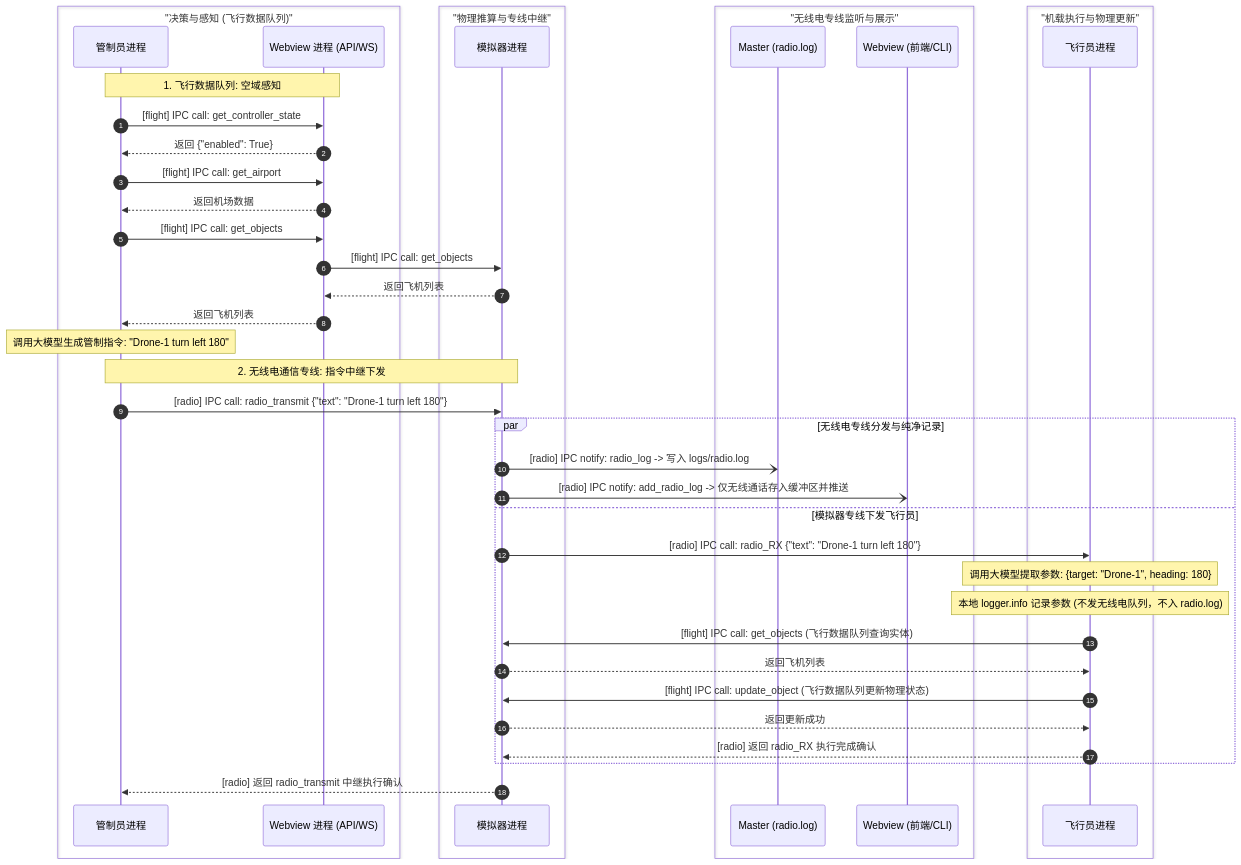
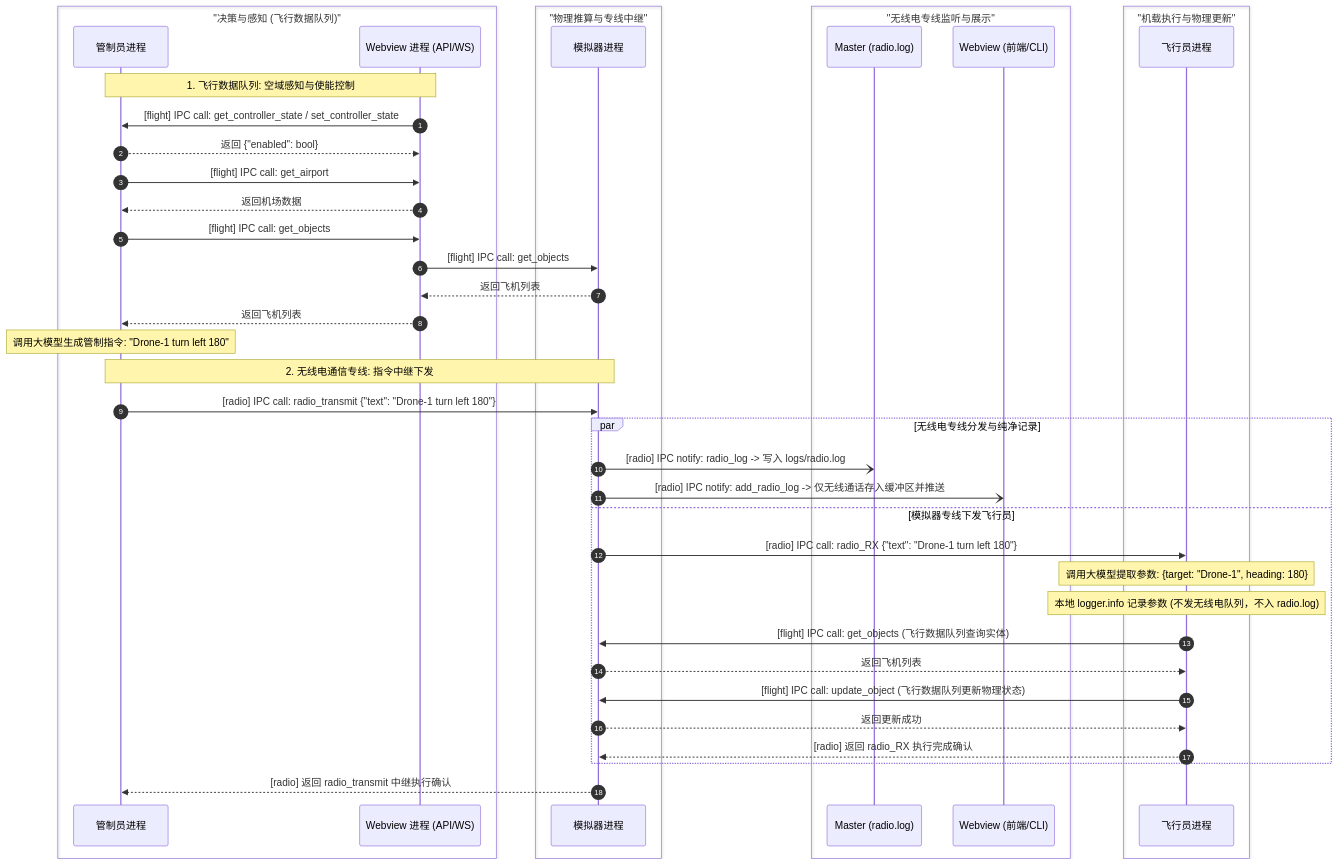
Before and after one commit to mugendainayumeatono/test_of_realtime_AI_agent: the first of 3 diagrams in doc/README.md, drawn with Mermaid. The commit also changed other lines of this file and 7 other files, not shown here.

Commit message:
refactor: initialize controller_state to disabled on controller startup and remove webview state modification

````diff
--- a/doc/README.md
+++ b/doc/README.md
@@ -201,48 +202,48 @@
 ```mermaid
 sequenceDiagram
     autonumber
     box "决策与感知 (飞行数据队列)" #f9f9f9
     participant Controller as 管制员进程
     participant Webview as Webview 进程 (API/WS)
     end
     box "物理推算与专线中继" #e8f4f8
     participant Simulator as 模拟器进程
     end
     box "无线电专线监听与展示" #f0fff0
     participant MasterRadio as Master (radio.log)
     participant WebviewRadio as Webview (前端/CLI)
     end
     box "机载执行与物理更新" #fff0f5
     participant Pilot as 飞行员进程
     end
 
-    Note over Controller, Webview: 1. 飞行数据队列: 空域感知
-    Controller->>Webview: [flight] IPC call: get_controller_state
-    Webview-->>Controller: 返回 {"enabled": True}
+    Note over Controller, Webview: 1. 飞行数据队列: 空域感知与使能控制
+    Webview->>Controller: [flight] IPC call: get_controller_state / set_controller_state
+    Controller-->>Webview: 返回 {"enabled": bool}
     Controller->>Webview: [flight] IPC call: get_airport
     Webview-->>Controller: 返回机场数据
     Controller->>Webview: [flight] IPC call: get_objects
     Webview->>Simulator: [flight] IPC call: get_objects
     Simulator-->>Webview: 返回飞机列表
     Webview-->>Controller: 返回飞机列表
 
     Note over Controller: 调用大模型生成管制指令: "Drone-1 turn left 180"
     Note over Controller, Simulator: 2. 无线电通信专线: 指令中继下发
     Controller->>Simulator: [radio] IPC call: radio_transmit {"text": "Drone-1 turn left 180"}
 
     par 无线电专线分发与纯净记录
         Simulator-)MasterRadio: [radio] IPC notify: radio_log -> 写入 logs/radio.log
         Simulator-)WebviewRadio: [radio] IPC notify: add_radio_log -> 仅无线通话存入缓冲区并推送
     and 模拟器专线下发飞行员
         Simulator->>Pilot: [radio] IPC call: radio_RX {"text": "Drone-1 turn left 180"}
         Note over Pilot: 调用大模型提取参数: {target: "Drone-1", heading: 180}
         Note over Pilot: 本地 logger.info 记录参数 (不发无线电队列，不入 radio.log)
         Pilot->>Simulator: [flight] IPC call: get_objects (飞行数据队列查询实体)
         Simulator-->>Pilot: 返回飞机列表
         Pilot->>Simulator: [flight] IPC call: update_object (飞行数据队列更新物理状态)
         Simulator-->>Pilot: 返回更新成功
         Pilot-->>Simulator: [radio] 返回 radio_RX 执行完成确认
     end
 
     Simulator-->>Controller: [radio] 返回 radio_transmit 中继执行确认
 ```
````
